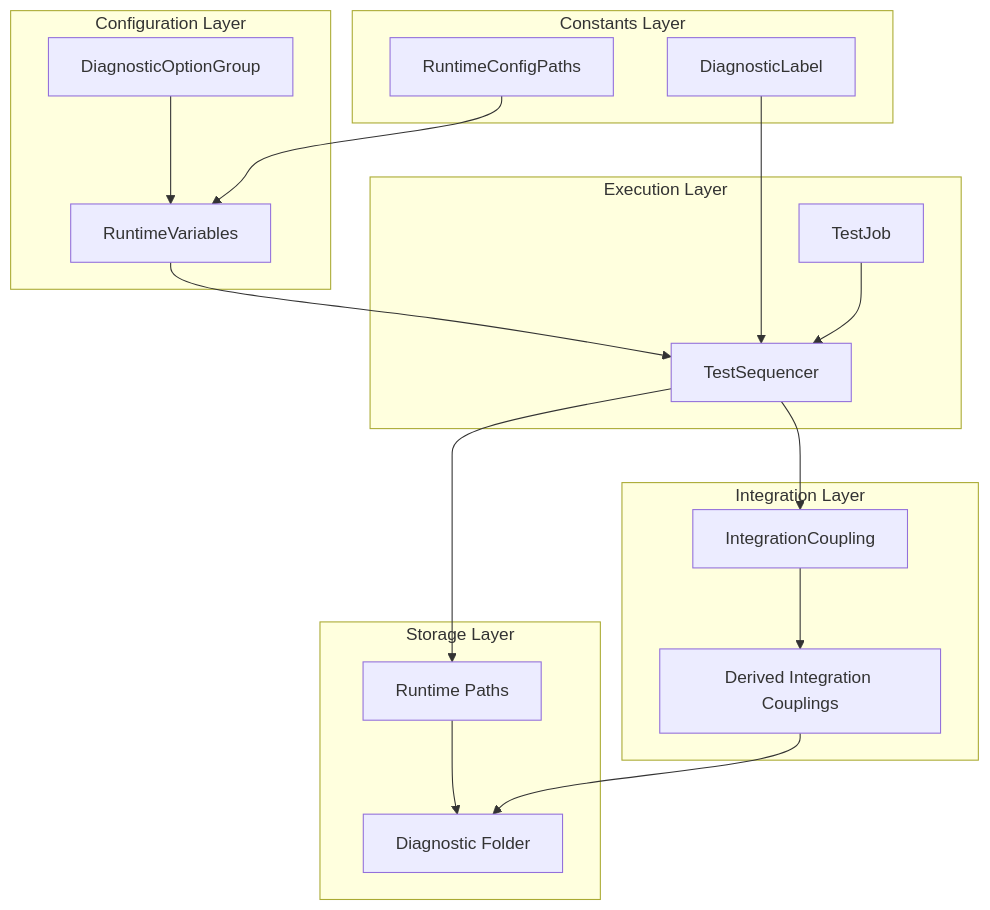
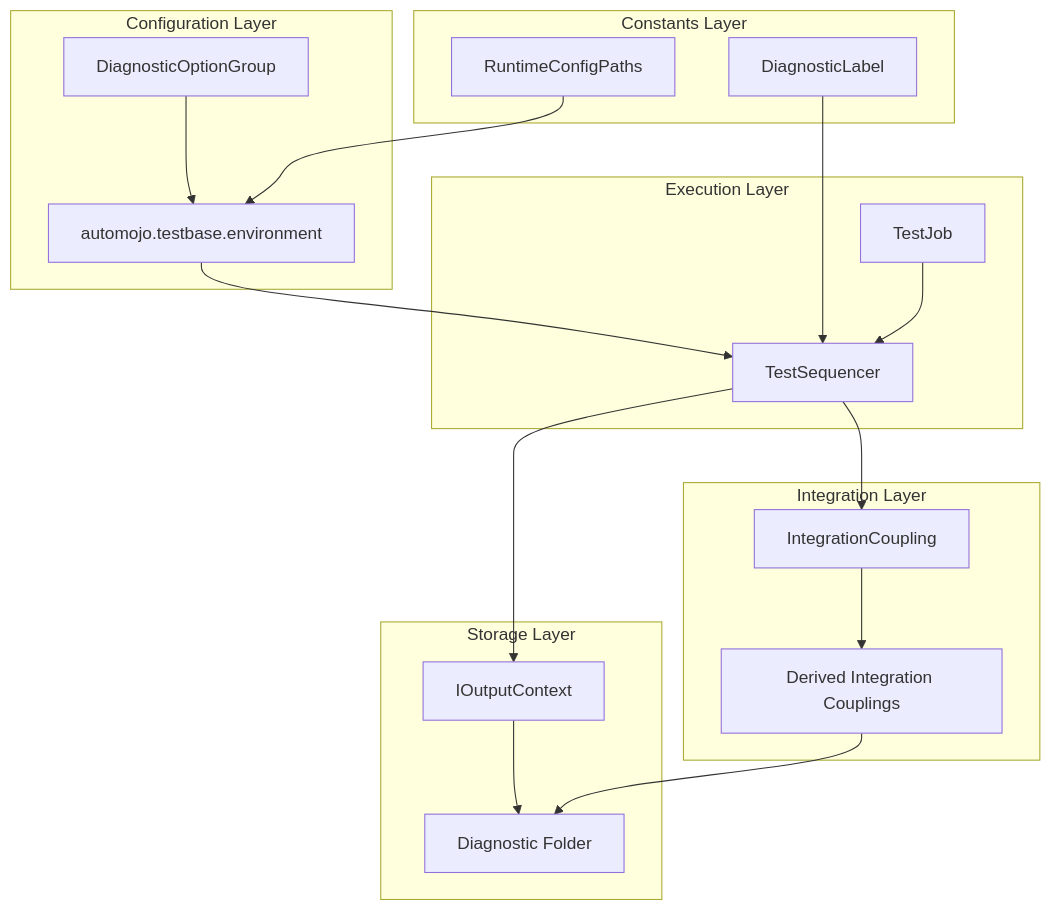
The first of 9 diagrams in specs/diagnostics/design.md (code-craft-ai-company/codecraftai-testbase), drawn with Mermaid before and after one commit. The commit also changed other lines of this file and 109 other files, not shown here.

````diff
--- a/specs/diagnostics/design.md
+++ b/specs/diagnostics/design.md
@@ -21,40 +21,40 @@
 ```mermaid
 graph TB
     subgraph "Constants Layer"
         DL[DiagnosticLabel]
         RCP[RuntimeConfigPaths]
     end
     
     subgraph "Configuration Layer"
-        RV[RuntimeVariables]
+        ENV[automojo.testbase.environment]
         DOG[DiagnosticOptionGroup]
     end
     
     subgraph "Execution Layer"
         TJ[TestJob]
         TS[TestSequencer]
     end
     
     subgraph "Integration Layer"
         IC[IntegrationCoupling]
         DIC[Derived Integration Couplings]
     end
     
     subgraph "Storage Layer"
+        OC[IOutputContext]
         DF[Diagnostic Folder]
-        RP[Runtime Paths]
     end
     
-    DOG --> RV
-    RV --> TS
+    DOG --> ENV
+    ENV --> TS
     DL --> TS
-    RCP --> RV
+    RCP --> ENV
     
     TJ --> TS
     TS --> IC
     IC --> DIC
     
-    TS --> RP
-    RP --> DF
+    TS --> OC
+    OC --> DF
     DIC --> DF
 ```
````
